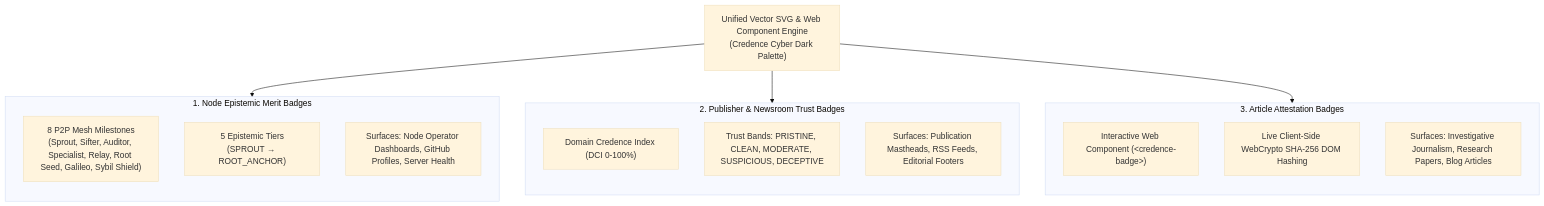
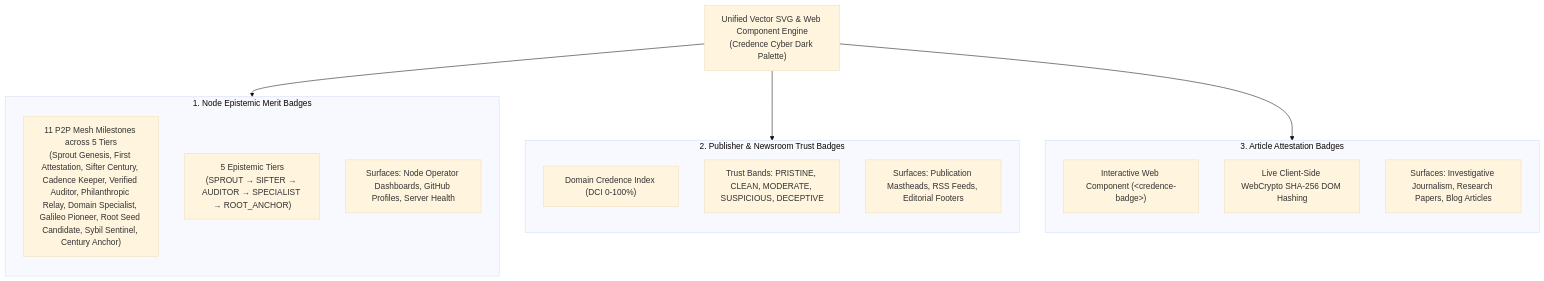
The first of 2 diagrams in docs/blueprints/unified-merit-and-attestation-badge-system.md (artibyrd/credence-docs), drawn with Mermaid (base theme) before and after one commit. The commit also changed other lines of this file and 2 other files, not shown here.

Commit message:
feat(mesh): scalable 11-badge epistemic merit hierarchy, red team attack suite, and demotion/forgiveness mechanics

````diff
--- a/docs/blueprints/unified-merit-and-attestation-badge-system.md
+++ b/docs/blueprints/unified-merit-and-attestation-badge-system.md
@@ -19,27 +19,27 @@
 ```mermaid
 graph TD
     subgraph M1["1. Node Epistemic Merit Badges"]
         direction TB
-        N1["8 P2P Mesh Milestones<br/>(Sprout, Sifter, Auditor, Specialist, Relay, Root Seed, Galileo, Sybil Shield)"]
-        N2["5 Epistemic Tiers<br/>(SPROUT &rarr; ROOT_ANCHOR)"]
+        N1["11 P2P Mesh Milestones across 5 Tiers<br/>(Sprout Genesis, First Attestation, Sifter Century, Cadence Keeper, Verified Auditor, Philanthropic Relay, Domain Specialist, Galileo Pioneer, Root Seed Candidate, Sybil Sentinel, Century Anchor)"]
+        N2["5 Epistemic Tiers<br/>(SPROUT &rarr; SIFTER &rarr; AUDITOR &rarr; SPECIALIST &rarr; ROOT_ANCHOR)"]
         N3["Surfaces: Node Operator Dashboards, GitHub Profiles, Server Health"]
     end
 
     subgraph M2["2. Publisher & Newsroom Trust Badges"]
         direction TB
         P1["Domain Credence Index (DCI 0-100%)"]
         P2["Trust Bands: PRISTINE, CLEAN, MODERATE, SUSPICIOUS, DECEPTIVE"]
         P3["Surfaces: Publication Mastheads, RSS Feeds, Editorial Footers"]
     end
 
     subgraph M3["3. Article Attestation Badges"]
         direction TB
         A1["Interactive Web Component (&lt;credence-badge&gt;)"]
         A2["Live Client-Side WebCrypto SHA-256 DOM Hashing"]
         A3["Surfaces: Investigative Journalism, Research Papers, Blog Articles"]
     end
 
     Engine["Unified Vector SVG & Web Component Engine<br/>(Credence Cyber Dark Palette)"] --> M1
     Engine --> M2
     Engine --> M3
 ```
````
